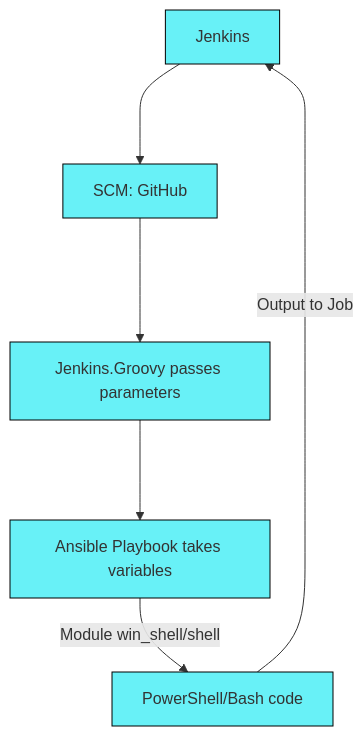
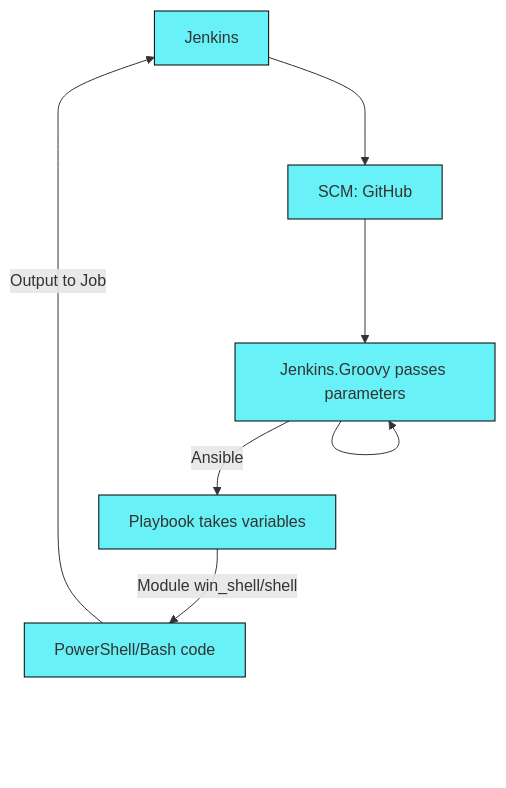
One commit to Lifailon/Deploy-PS-Module changed the second of 2 diagrams in README.md. Above: the diagram before and after it, drawn with Mermaid.

Commit message:
test state

````diff
--- a/README.md
+++ b/README.md
@@ -15,11 +15,12 @@
 ```mermaid
 flowchart TD
     classDef class_color fill:#68F1F7, stroke:#000, stroke-width:1px
     1[Jenkins]:::class_color
     2[SCM: GitHub]:::class_color
     3[Jenkins.Groovy passes parameters]:::class_color
-    4[Ansible Playbook takes variables]:::class_color
+    4[Playbook takes variables]:::class_color
     5[PowerShell/Bash code]:::class_color
-    1--->2--->3--->4--Module win_shell/shell-->5
+    1--->2--->3--Ansible-->4--Module win_shell/shell-->5
+    3--->3
     5--Output to Job-->1
 ```
````
